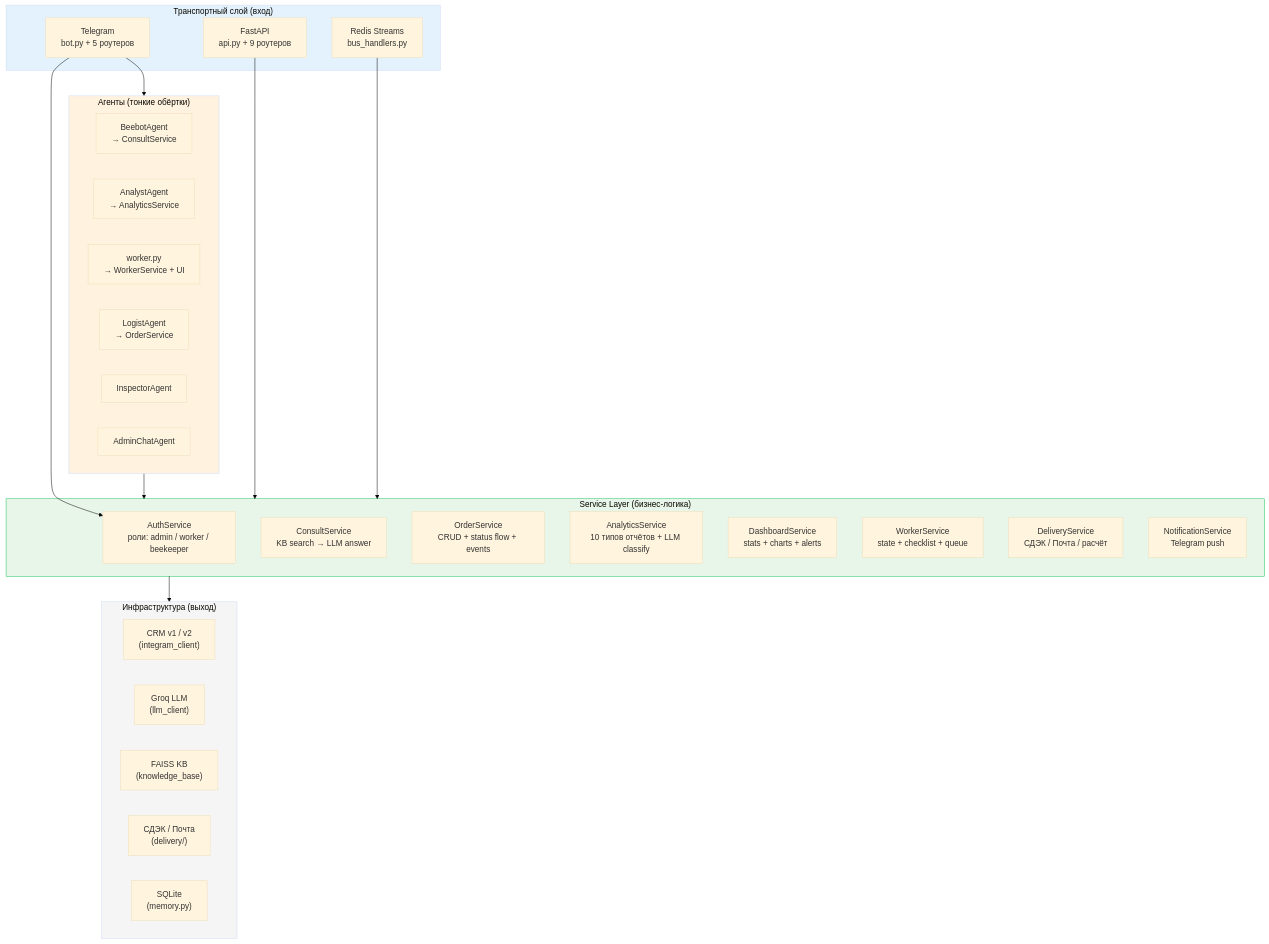
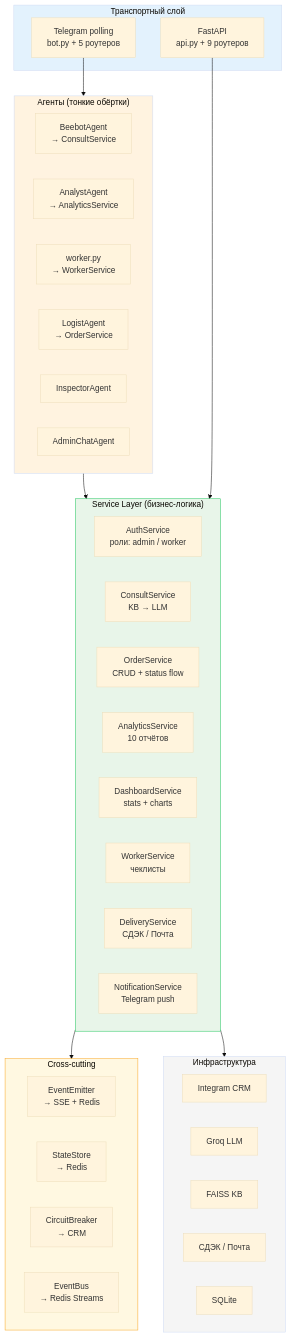
One commit to unidel2035/BEEBOT changed the third of 15 diagrams in docs/architecture.md. Above: the diagram before and after it, drawn with Mermaid (base theme). The commit also changed other lines of this file, not shown here.

First line of the commit message:
docs: переписать architecture.md под unified process

````diff
--- a/docs/architecture.md
+++ b/docs/architecture.md
@@ -165,49 +169,55 @@
 ```mermaid
 graph TB
-    subgraph TRANSPORT["Транспортный слой (вход)"]
-        TG["Telegram<br/>bot.py + 5 роутеров"]
+    subgraph TRANSPORT["Транспортный слой"]
+        TG["Telegram polling<br/>bot.py + 5 роутеров"]
         WEB_T["FastAPI<br/>api.py + 9 роутеров"]
-        REDIS_BUS["Redis Streams<br/>bus_handlers.py"]
-    end
-
-    subgraph SERVICES["Service Layer (бизнес-логика)"]
-        AUTH_S["AuthService<br/>роли: admin / worker / beekeeper"]
-        CONSULT_S["ConsultService<br/>KB search → LLM answer"]
-        ORDER_S["OrderService<br/>CRUD + status flow + events"]
-        ANALYTICS_S["AnalyticsService<br/>10 типов отчётов + LLM classify"]
-        DASHBOARD_S["DashboardService<br/>stats + charts + alerts"]
-        WORKER_S["WorkerService<br/>state + checklist + queue"]
-        DELIVERY_S["DeliveryService<br/>СДЭК / Почта / расчёт"]
-        NOTIFY_S["NotificationService<br/>Telegram push"]
     end
 
     subgraph AGENTS_L["Агенты (тонкие обёртки)"]
         BEEBOT_A["BeebotAgent<br/>→ ConsultService"]
         ANALYST_A["AnalystAgent<br/>→ AnalyticsService"]
-        WORKER_A["worker.py<br/>→ WorkerService + UI"]
+        WORKER_A["worker.py<br/>→ WorkerService"]
         LOGIST_A["LogistAgent<br/>→ OrderService"]
         INSPECT_A["InspectorAgent"]
         ADMIN_A["AdminChatAgent"]
     end
 
-    subgraph INFRA_L["Инфраструктура (выход)"]
-        CRM_I["CRM v1 / v2<br/>(integram_client)"]
-        LLM_I["Groq LLM<br/>(llm_client)"]
-        KB_I["FAISS KB<br/>(knowledge_base)"]
-        DEL_I["СДЭК / Почта<br/>(delivery/)"]
-        MEM_I["SQLite<br/>(memory.py)"]
+    subgraph SERVICES["Service Layer (бизнес-логика)"]
+        AUTH_S["AuthService<br/>роли: admin / worker"]
+        CONSULT_S["ConsultService<br/>KB → LLM"]
+        ORDER_S["OrderService<br/>CRUD + status flow"]
+        ANALYTICS_S["AnalyticsService<br/>10 отчётов"]
+        DASHBOARD_S["DashboardService<br/>stats + charts"]
+        WORKER_S["WorkerService<br/>чеклисты"]
+        DELIVERY_S["DeliveryService<br/>СДЭК / Почта"]
+        NOTIFY_S["NotificationService<br/>Telegram push"]
     end
 
-    TG --> AUTH_S
+    subgraph CROSS_S["Cross-cutting"]
+        EVENTS_S["EventEmitter<br/>→ SSE + Redis"]
+        STATE_S["StateStore<br/>→ Redis"]
+        CB_S["CircuitBreaker<br/>→ CRM"]
+        BUS_S["EventBus<br/>→ Redis Streams"]
+    end
+
+    subgraph INFRA_L["Инфраструктура"]
+        CRM_I["Integram CRM"]
+        LLM_I["Groq LLM"]
+        KB_I["FAISS KB"]
+        DEL_I["СДЭК / Почта"]
+        MEM_I["SQLite"]
+    end
+
     TG --> AGENTS_L
+    AGENTS_L --> SERVICES
     WEB_T --> SERVICES
-    REDIS_BUS --> SERVICES
 
-    AGENTS_L --> SERVICES
+    SERVICES --> CROSS_S
     SERVICES --> INFRA_L
 
     style TRANSPORT fill:#e3f2fd
+    style AGENTS_L fill:#fff3e0
     style SERVICES fill:#e8f5e9,stroke:#22c55e
-    style AGENTS_L fill:#fff3e0
+    style CROSS_S fill:#fff8e1,stroke:#f9a825
     style INFRA_L fill:#f5f5f5
 ```
````
